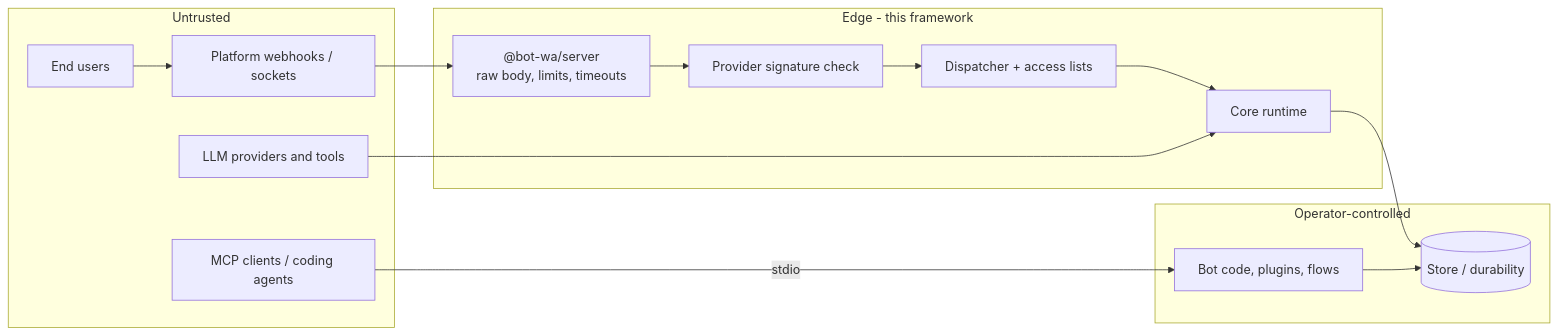
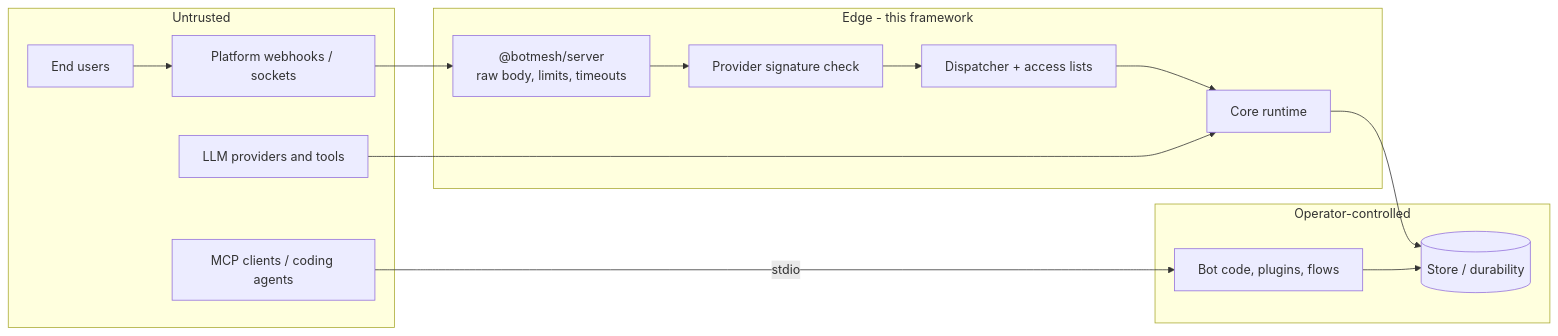
The diagram in docs/guide/threat-model.md (andresayac/bot-wa-baileys), drawn with Mermaid before and after one commit. The commit also changed other lines of this file and 735 other files, not shown here.

````diff
--- a/docs/guide/threat-model.md
+++ b/docs/guide/threat-model.md
@@ -22,25 +22,25 @@
 ```mermaid
 flowchart LR
   subgraph untrusted[Untrusted]
     P[Platform webhooks / sockets]
     U[End users]
     L[LLM providers and tools]
     A[MCP clients / coding agents]
   end
   subgraph edge[Edge - this framework]
-    S["@bot-wa/server<br/>raw body, limits, timeouts"]
+    S["@botmesh/server<br/>raw body, limits, timeouts"]
     V[Provider signature check]
     D[Dispatcher + access lists]
     C[Core runtime]
   end
   subgraph trusted[Operator-controlled]
     ST[(Store / durability)]
     OP[Bot code, plugins, flows]
   end
   P --> S --> V --> D --> C
   U --> P
   L --> C
   A -->|stdio| OP
   C --> ST
   OP --> ST
 ```
````
